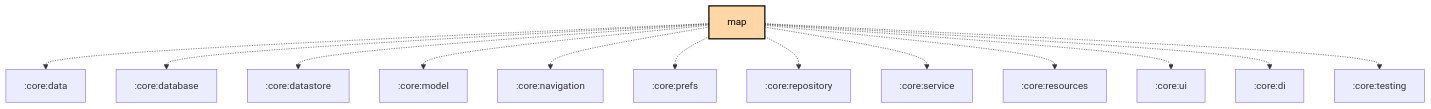
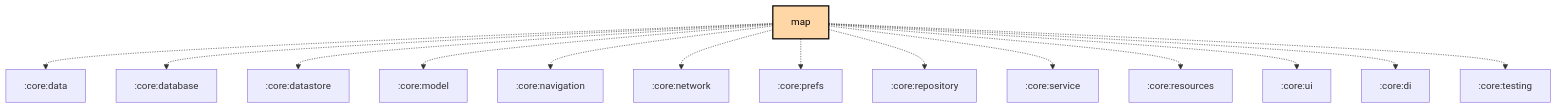
The diagram in feature/map/README.md (meshtastic/Meshtastic-Android), drawn with Mermaid before and after one commit. The commit also changed 3 other files, not shown here.

First line of the commit message:
chore: Scheduled updates (Graphs, Baseline Profile)

````diff
--- a/feature/map/README.md
+++ b/feature/map/README.md
@@ -63,30 +63,31 @@
 ```mermaid
 graph TB
   :feature:map[map]:::kmp-feature
   :feature:map -.-> :core:data
   :feature:map -.-> :core:database
   :feature:map -.-> :core:datastore
   :feature:map -.-> :core:model
   :feature:map -.-> :core:navigation
+  :feature:map -.-> :core:network
   :feature:map -.-> :core:prefs
   :feature:map -.-> :core:repository
   :feature:map -.-> :core:service
   :feature:map -.-> :core:resources
   :feature:map -.-> :core:ui
   :feature:map -.-> :core:di
   :feature:map -.-> :core:testing
 
 classDef android-application fill:#CAFFBF,stroke:#000,stroke-width:2px,color:#000;
 classDef android-application-compose fill:#CAFFBF,stroke:#000,stroke-width:2px,color:#000;
 classDef compose-desktop-application fill:#CAFFBF,stroke:#000,stroke-width:2px,color:#000;
 classDef android-feature fill:#FFD6A5,stroke:#000,stroke-width:2px,color:#000;
 classDef android-library fill:#9BF6FF,stroke:#000,stroke-width:2px,color:#000;
 classDef android-library-compose fill:#9BF6FF,stroke:#000,stroke-width:2px,color:#000;
 classDef android-test fill:#A0C4FF,stroke:#000,stroke-width:2px,color:#000;
 classDef jvm-library fill:#BDB2FF,stroke:#000,stroke-width:2px,color:#000;
 classDef kmp-feature fill:#FFD6A5,stroke:#000,stroke-width:2px,color:#000;
 classDef kmp-library-compose fill:#FFC1CC,stroke:#000,stroke-width:2px,color:#000;
 classDef kmp-library fill:#FFC1CC,stroke:#000,stroke-width:2px,color:#000;
 classDef unknown fill:#FFADAD,stroke:#000,stroke-width:2px,color:#000;
 
 ```
````
